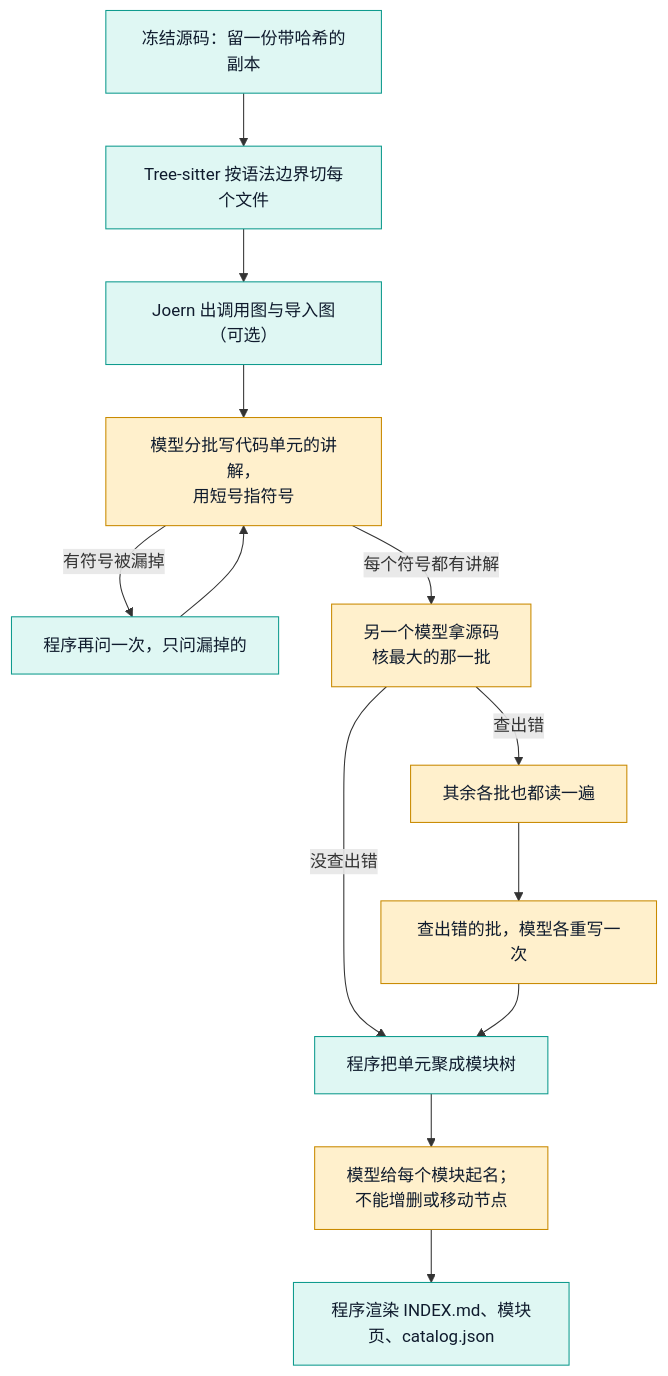
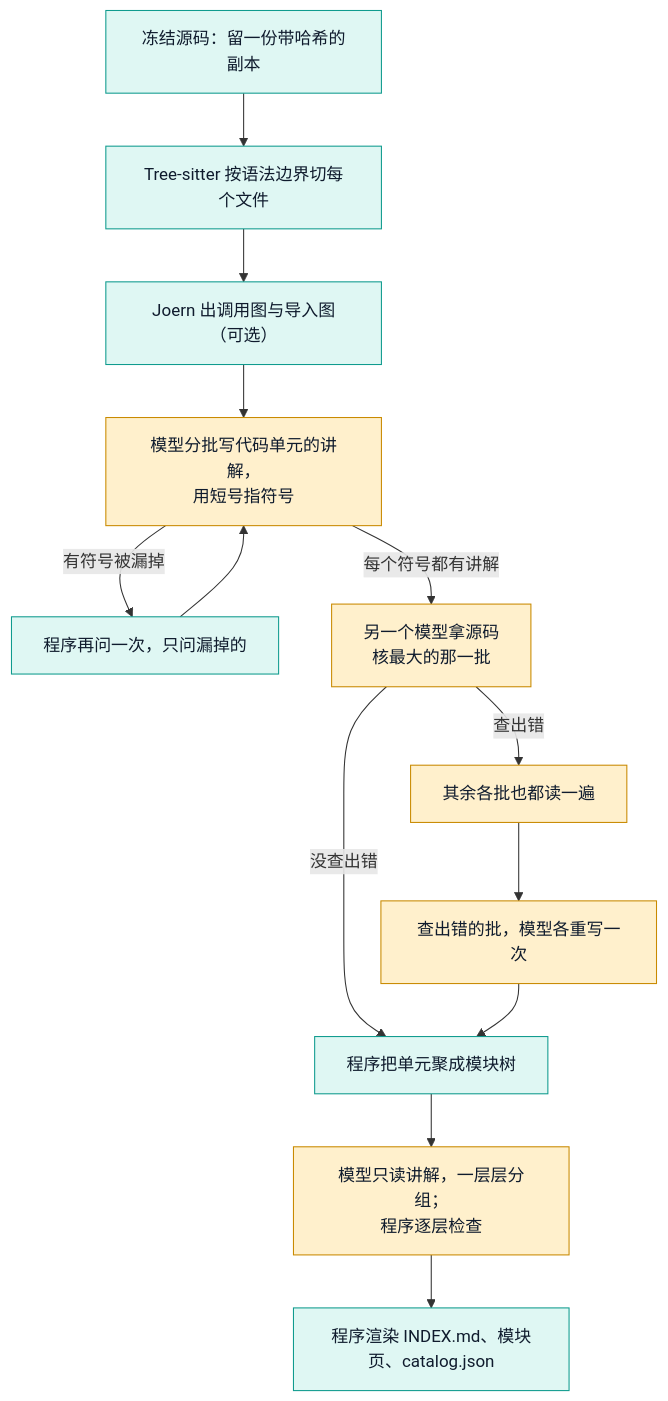
Before and after one commit to zlxdengtianhei/codebase-explorer: the first of 2 diagrams in README.zh-CN.md, drawn with Mermaid. The commit also changed other lines of this file and 46 other files, not shown here.

````diff
--- a/README.zh-CN.md
+++ b/README.zh-CN.md
@@ -89,19 +89,19 @@
 ```mermaid
 flowchart TD
   A["冻结源码：留一份带哈希的副本"] --> B["Tree-sitter 按语法边界切每个文件"]
   B --> C["Joern 出调用图与导入图（可选）"]
   C --> D["模型分批写代码单元的讲解，<br/>用短号指符号"]
   D -->|"有符号被漏掉"| D2["程序再问一次，只问漏掉的"]
   D2 --> D
   D -->|"每个符号都有讲解"| R["另一个模型拿源码<br/>核最大的那一批"]
   R -->|"查出错"| R2["其余各批也都读一遍"]
   R2 --> W["查出错的批，模型各重写一次"]
   R -->|"没查出错"| E["程序把单元聚成模块树"]
   W --> E
-  E --> F["模型给每个模块起名；<br/>不能增删或移动节点"]
+  E --> F["模型只读讲解，一层层分组；<br/>程序逐层检查"]
   F --> G["程序渲染 INDEX.md、模块页、catalog.json"]
   classDef program fill:#dff7f3,stroke:#0f9b8e,color:#0f1b2d
   classDef model fill:#fff0cc,stroke:#c98a00,color:#0f1b2d
   class A,B,C,D2,E,G program
   class D,R,R2,W,F model
 ```
````
